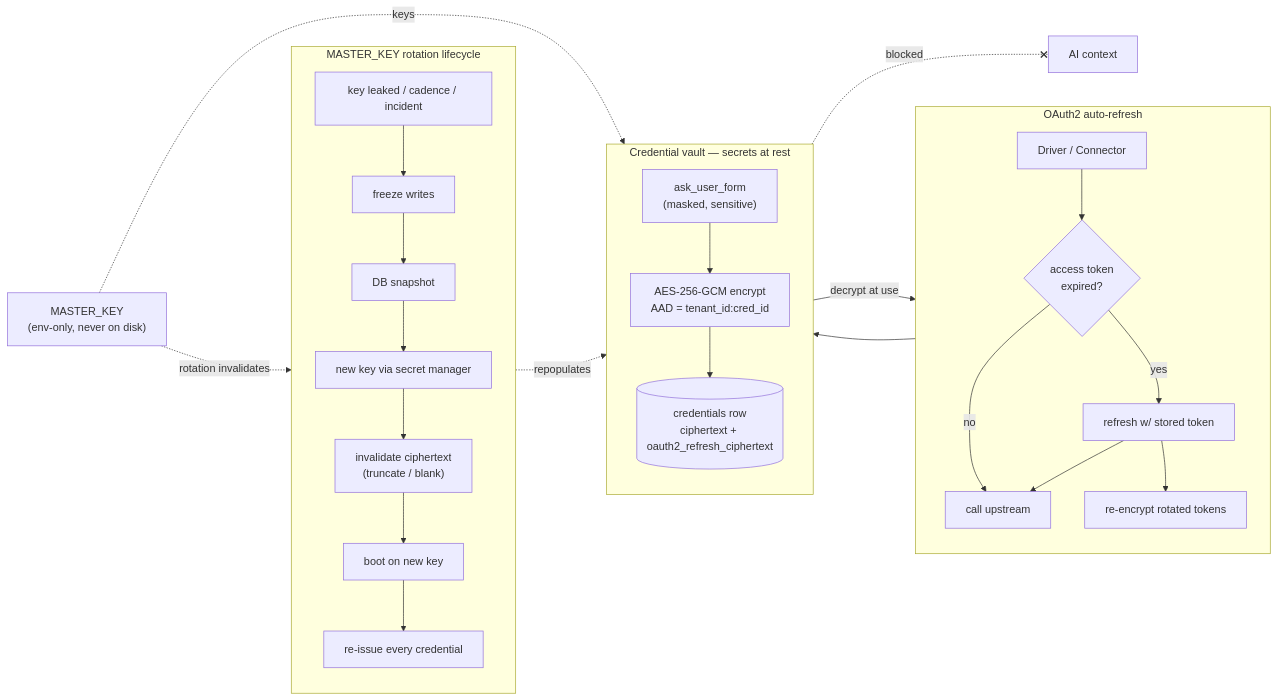
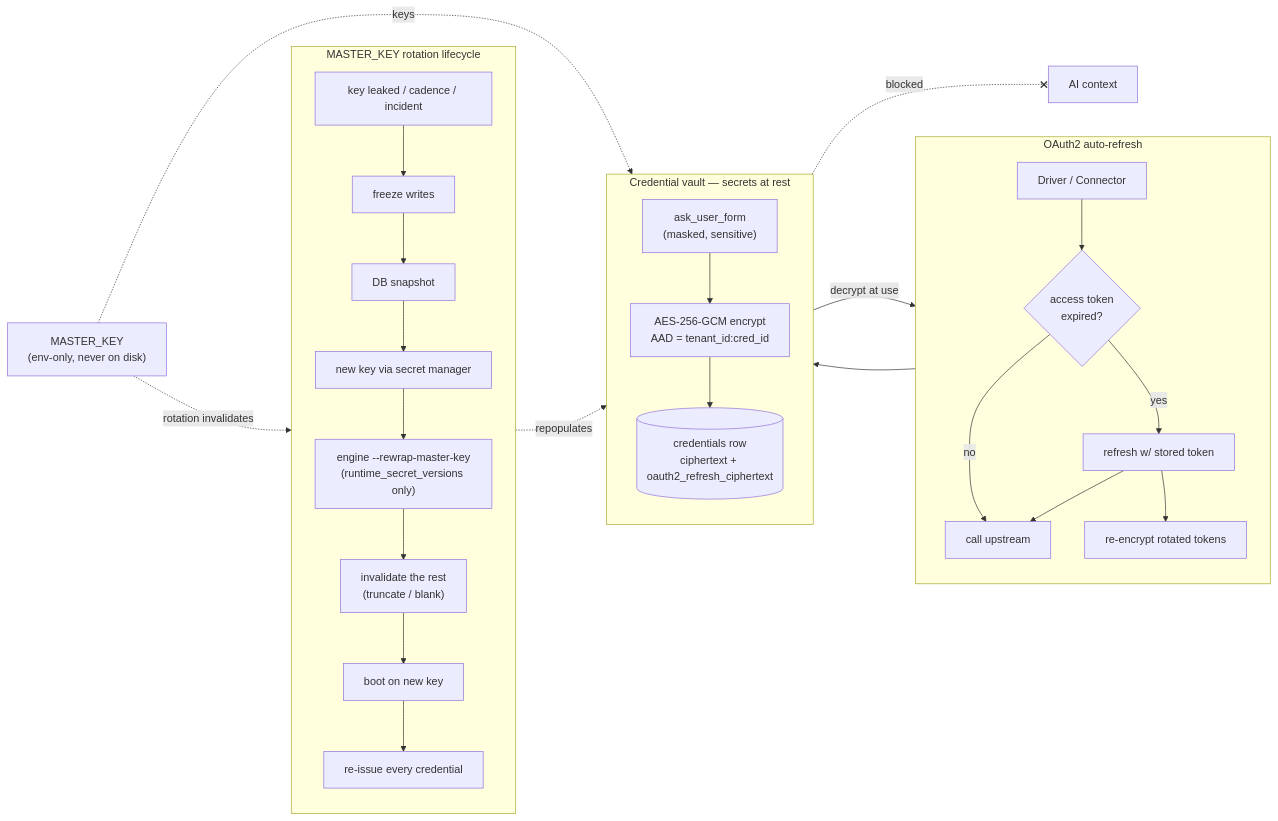
One commit to MikeBild/subkit changed the first of 3 diagrams in docs/admins/credentials-and-keys.md. Above: the diagram before and after it, drawn with Mermaid. The commit also changed other lines of this file and 26 other files, not shown here.

````diff
--- a/docs/admins/credentials-and-keys.md
+++ b/docs/admins/credentials-and-keys.md
@@ -16,35 +16,36 @@
 ```mermaid
 flowchart LR
     subgraph Vault["Credential vault — secrets at rest"]
         direction TB
         In["ask_user_form<br/>(masked, sensitive)"] --> Enc["AES-256-GCM encrypt<br/>AAD = tenant_id:cred_id"]
         Enc --> Row[("credentials row<br/>ciphertext + oauth2_refresh_ciphertext")]
     end
 
     MK["MASTER_KEY<br/>(env-only, never on disk)"] -. keys .-> Enc
     Row -- decrypt at use --> Drv["Driver / Connector"]
     Vault -. blocked .-x AI["AI context"]
 
     subgraph OAuth["OAuth2 auto-refresh"]
         direction TB
         Drv --> Exp{"access token<br/>expired?"}
         Exp -- no --> Call["call upstream"]
         Exp -- yes --> Refresh["refresh w/ stored token"]
         Refresh --> Reenc["re-encrypt rotated tokens"]
         Reenc --> Row
         Refresh --> Call
     end
 
     subgraph Rotate["MASTER_KEY rotation lifecycle"]
         direction TB
         Leak["key leaked / cadence / incident"] --> Freeze["freeze writes"]
         Freeze --> Snap["DB snapshot"]
         Snap --> NewKey["new key via secret manager"]
-        NewKey --> Invalidate["invalidate ciphertext<br/>(truncate / blank)"]
+        NewKey --> Rewrap["engine --rewrap-master-key<br/>(runtime_secret_versions only)"]
+        Rewrap --> Invalidate["invalidate the rest<br/>(truncate / blank)"]
         Invalidate --> Boot["boot on new key"]
         Boot --> Reissue["re-issue every credential"]
     end
 
     MK -. rotation invalidates .-> Rotate
     Reissue -. repopulates .-> Vault
 ```
````
